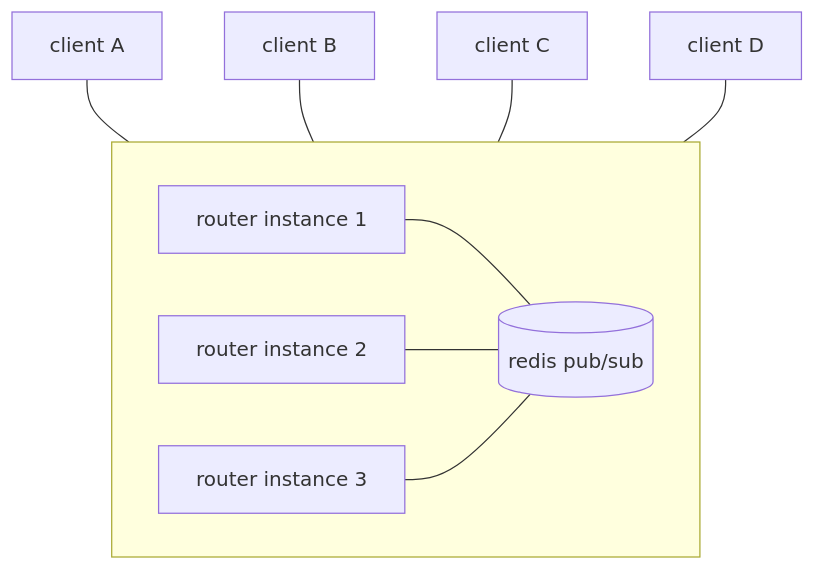
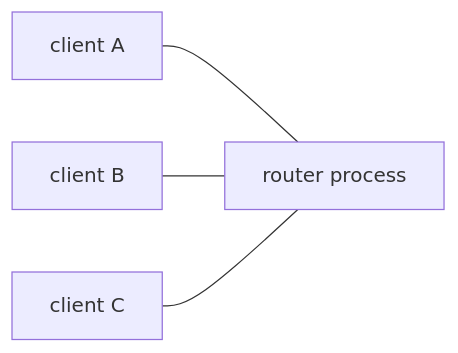
Before and after one commit to metapages/websocket-router: the diagram in README.md, drawn with Mermaid. The commit also changed other lines of this file and 91 other files, not shown here.

````diff
--- a/README.md
+++ b/README.md
@@ -74,18 +68,7 @@
 ```mermaid
-flowchart TB
-    ca["client A"] --- s1
-    cb["client B"] --- s1
-    cc["client C"] --- s2
-    cd["client D"] --- s3
-
-    subgraph cluster [" "]
-      direction LR
-      s1["router instance 1"]
-      s2["router instance 2"]
-      s3["router instance 3"]
-      redis[("redis pub/sub")]
-      s1 --- redis
-      s2 --- redis
-      s3 --- redis
-    end
+flowchart LR
+    ca["client A"] --- s
+    cb["client B"] --- s
+    cc["client C"] --- s
+    s["router process"]
 ```
````
